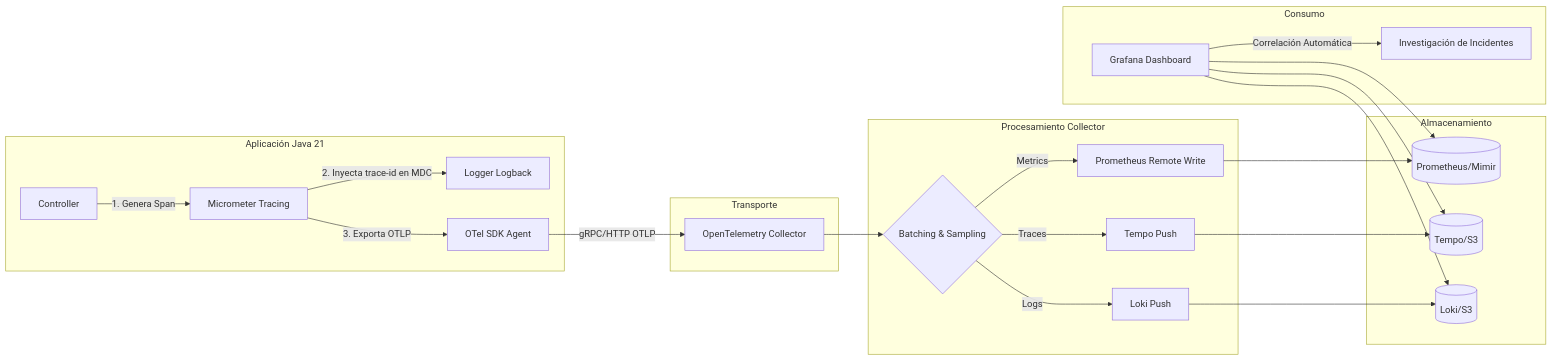
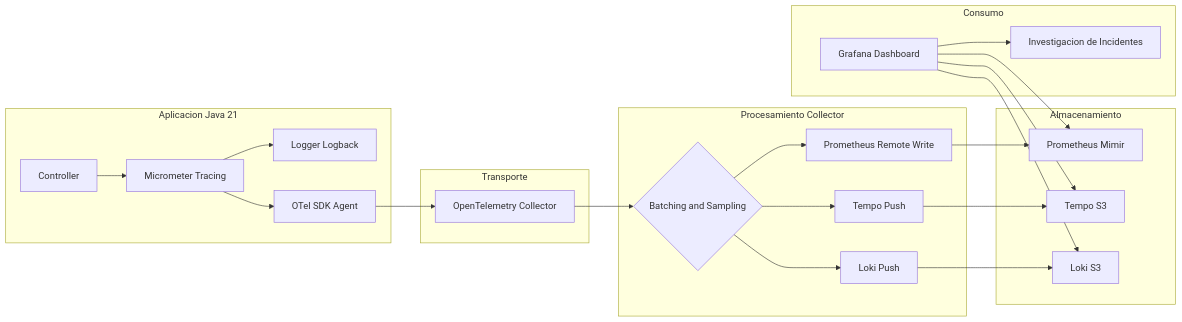
One commit to Joaquinriosheredia/DAM-Java-Mastery changed the second of 4 diagrams in 03_Spring_Ecosystem/observabilidad_distribuida_en_spring_boot_3.3_con_opentelemetry_y_grafana_loki:_correlación_de_trazas_y_logs_STAFF.md. Above: the diagram before and after it, drawn with Mermaid. The commit also changed other lines of this file, not shown here.

Commit message:
observabilidad_distribuida_en_spring_boot_3.3_con_opentelemetry_y_grafana_loki:_correlación_de_trazas_y_logs_STAFF.md

````diff
--- a/03_Spring_Ecosystem/observabilidad_distribuida_en_spring_boot_3.3_con_opentelemetry_y_grafana_loki:_correlación_de_trazas_y_logs_STAFF.md
+++ b/03_Spring_Ecosystem/observabilidad_distribuida_en_spring_boot_3.3_con_opentelemetry_y_grafana_loki:_correlación_de_trazas_y_logs_STAFF.md
@@ -82,32 +104,32 @@
 ```mermaid
 graph LR
-    subgraph "Aplicación Java 21"
-        A[Controller] -->|1. Genera Span| B[Micrometer Tracing]
-        B -->|2. Inyecta trace-id en MDC| C[Logger Logback]
-        B -->|3. Exporta OTLP| D[OTel SDK Agent]
+    subgraph "Aplicacion Java 21"
+        A[Controller] --> B[Micrometer Tracing]
+        B --> C[Logger Logback]
+        B --> D[OTel SDK Agent]
     end
 
     subgraph "Transporte"
-        D -->|gRPC/HTTP OTLP| E[OpenTelemetry Collector]
+        D --> E[OpenTelemetry Collector]
     end
 
     subgraph "Procesamiento Collector"
-        E --> F{Batching & Sampling}
-        F -->|Metrics| G[Prometheus Remote Write]
-        F -->|Traces| H[Tempo Push]
-        F -->|Logs| I[Loki Push]
+        E --> F{Batching and Sampling}
+        F --> G[Prometheus Remote Write]
+        F --> H[Tempo Push]
+        F --> I[Loki Push]
     end
 
     subgraph "Almacenamiento"
-        G --> J[(Prometheus/Mimir)]
-        H --> K[(Tempo/S3)]
-        I --> L[(Loki/S3)]
+        G --> J[Prometheus Mimir]
+        H --> K[Tempo S3]
+        I --> L[Loki S3]
     end
 
     subgraph "Consumo"
         M[Grafana Dashboard] --> J
         M --> K
         M --> L
-        M -->|Correlación Automática| N[Investigación de Incidentes]
+        M --> N[Investigacion de Incidentes]
     end
 ```
````
